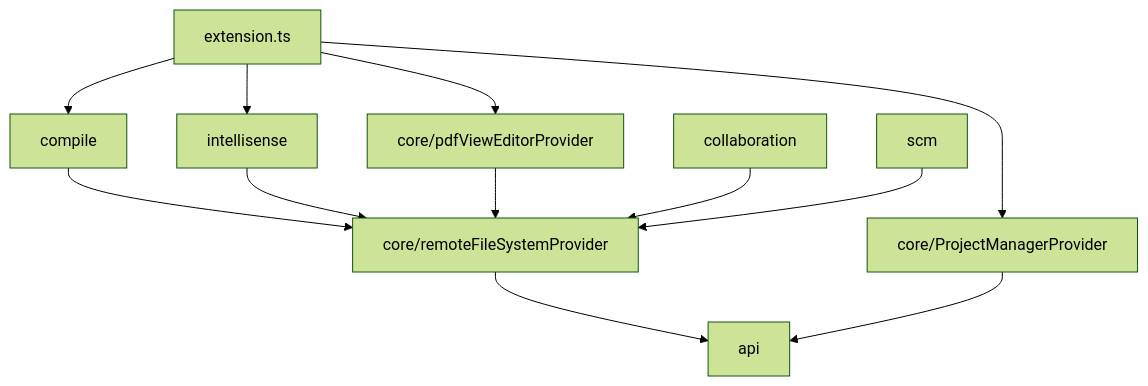
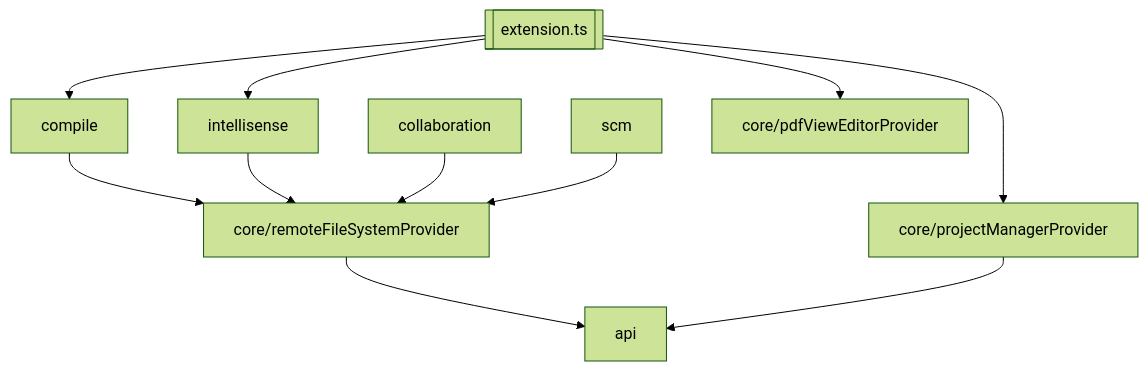
The diagram in docs/anatomy.md (iamhyc/Overleaf-Workshop), drawn with Mermaid (forest theme) before and after one commit.

Commit message:
docs(anatomy): fix dependency graph inprecision

````diff
--- a/docs/anatomy.md
+++ b/docs/anatomy.md
@@ -56,21 +56,21 @@
 ```mermaid
 graph TD;
 
-A[extension.ts]
+A[[extension.ts]]
 
 B1[compile]
 B2[intellisense]
-B3[core/pdfViewEditorProvider]
-B4[collaboration]
-B5[scm]
+B3[collaboration]
+B4[scm]
 
 C1[core/remoteFileSystemProvider]
-C2[core/ProjectManagerProvider]
+C2[core/projectManagerProvider]
+C3[core/pdfViewEditorProvider]
 
 D1[api]
 
-A-->B1; A-->B2; A-->B3; A-->C2
-B1-->C1; B2-->C1; B3-->C1; B4-->C1; B5-->C1;
-C1-->D1
-C2-->D1
+A-->B1; A-->B2; A-->C2; A-->C3
+B1-->C1; B2-->C1; B3-->C1; B4-->C1;
+C1-->D1;
+C2-->D1;
 ```
````
